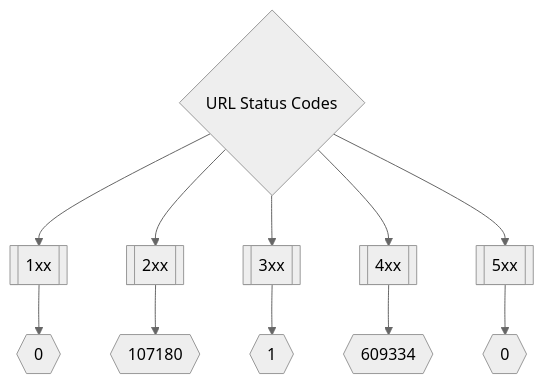
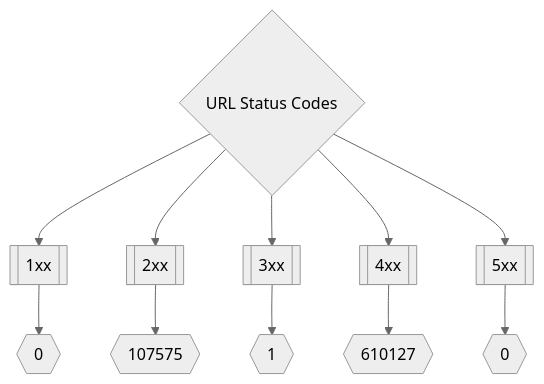
The second of 3 diagrams in README.md (Excloudx6/inventory), drawn with Mermaid (neutral theme) before and after one commit. The commit also changed other lines of this file, not shown here.

Commit message:
Update README.md Tue Aug 16 22:19:44 UTC 2022

````diff
--- a/README.md
+++ b/README.md
@@ -175,8 +175,8 @@
 ```mermaid
 graph TD
 title{URL Status Codes} --> 1xx[[1xx]] --> status1xxNum{{0}}
-title --> 2xx[[2xx]] --> status2xxNum{{107180}}
+title --> 2xx[[2xx]] --> status2xxNum{{107575}}
 title --> 3xx[[3xx]] --> status3xxNum{{1}}
-title --> 4xx[[4xx]] --> status4xxNum{{609334}}
+title --> 4xx[[4xx]] --> status4xxNum{{610127}}
 title --> 5xx[[5xx]] --> status5xxNum{{0}}
 ```
````
